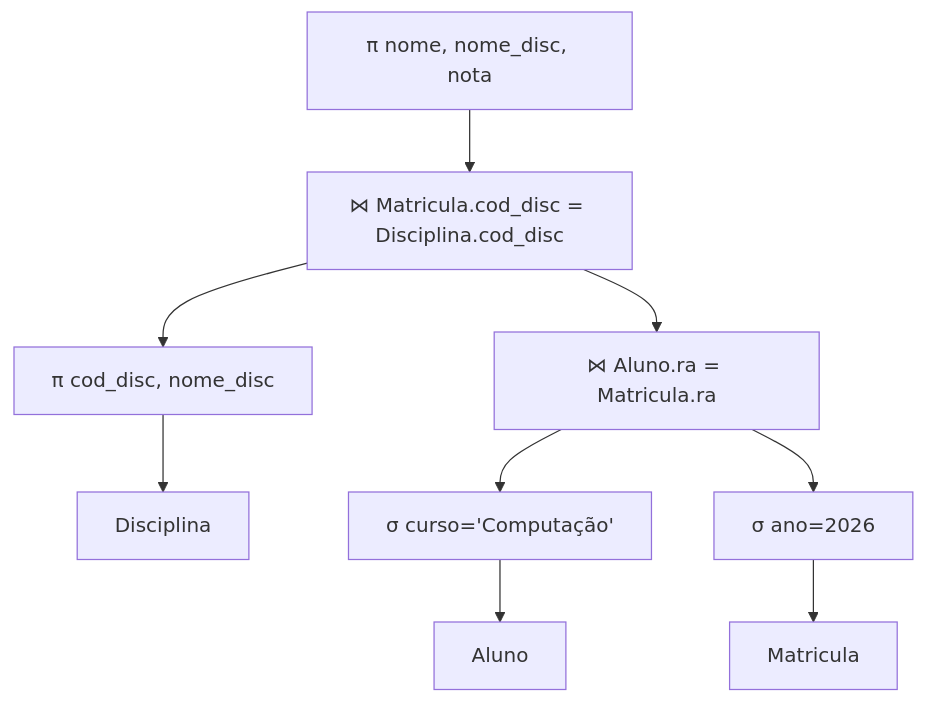
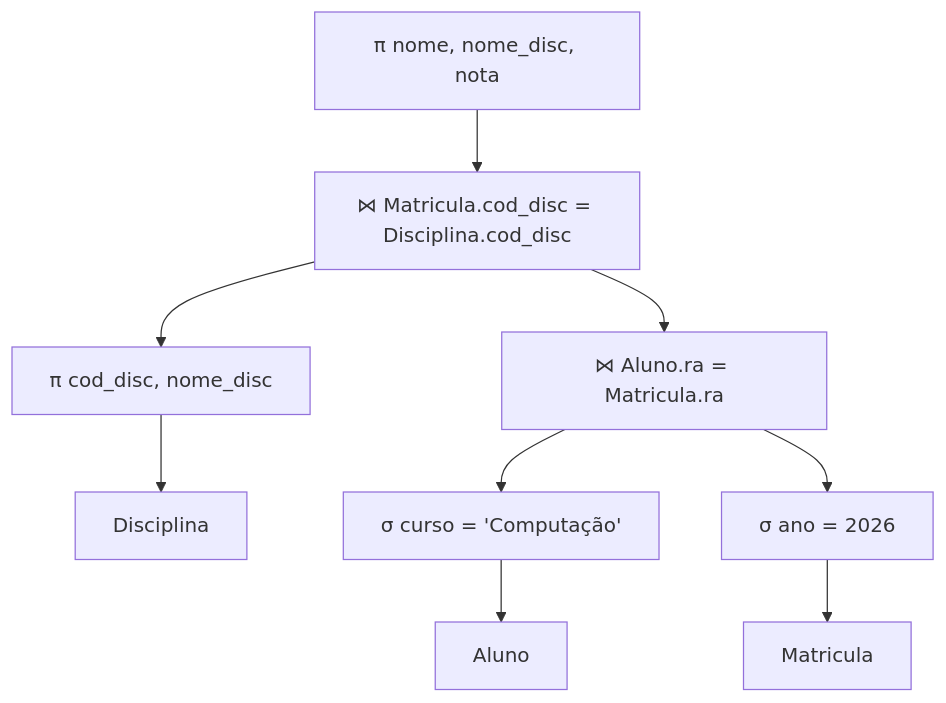
Before and after one commit to HerikDR/estudo-comp-escalavel: diagram 16 of 21 in estudo/11_processamento_otimizacao_consultas.md, drawn with Mermaid. The commit also changed other lines of this file and 9 other files, not shown here.

````diff
--- a/estudo/11_processamento_otimizacao_consultas.md
+++ b/estudo/11_processamento_otimizacao_consultas.md
@@ -104,8 +528,8 @@
 ```mermaid
 flowchart TB
     P["π nome, nome_disc, nota"] --> J2["⋈ Matricula.cod_disc = Disciplina.cod_disc"]
     J2 --> J1["⋈ Aluno.ra = Matricula.ra"]
     J2 --> PD["π cod_disc, nome_disc"] --> D["Disciplina"]
-    J1 --> SA["σ curso='Computação'"] --> A["Aluno"]
-    J1 --> SM["σ ano=2026"] --> M["Matricula"]
+    J1 --> SA["σ curso = 'Computação'"] --> A["Aluno"]
+    J1 --> SM["σ ano = 2026"] --> M["Matricula"]
 ```
````
